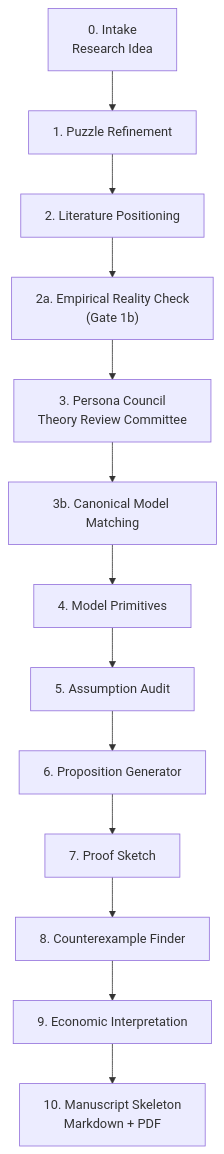
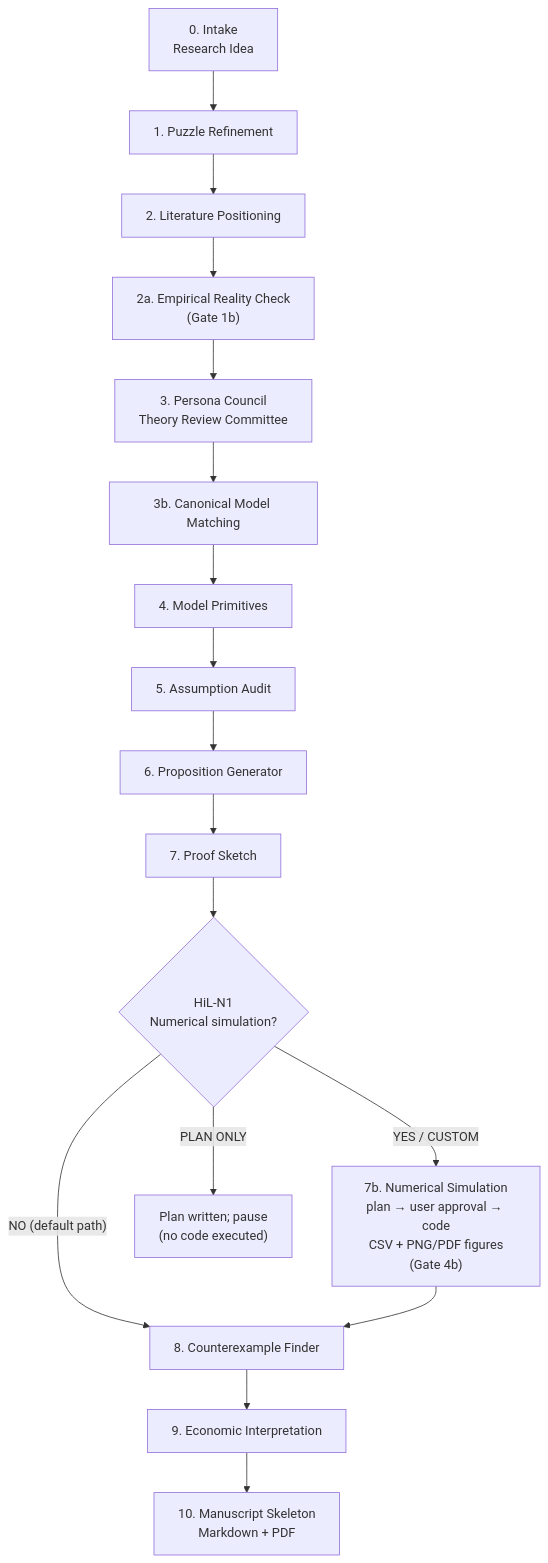
Before and after one commit to maxwell2732/pAI-Econ-claude: the diagram in README_EN.md, drawn with Mermaid. The commit also changed other lines of this file and 10 other files, not shown here.

First line of the commit message:
Add Stage 7b numerical simulation module (v1.2.0)

````diff
--- a/README_EN.md
+++ b/README_EN.md
@@ -300,15 +324,19 @@
 ```mermaid
 flowchart TD
     A["0. Intake<br/>Research Idea"] --> B["1. Puzzle Refinement"]
     B --> C["2. Literature Positioning"]
     C --> C2["2a. Empirical Reality Check<br/>(Gate 1b)"]
     C2 --> D["3. Persona Council<br/>Theory Review Committee"]
     D --> E["3b. Canonical Model Matching"]
     E --> F["4. Model Primitives"]
     F --> G["5. Assumption Audit"]
     G --> H["6. Proposition Generator"]
     H --> I["7. Proof Sketch"]
-    I --> J["8. Counterexample Finder"]
+    I --> N1{"HiL-N1<br/>Numerical simulation?"}
+    N1 -- "NO (default path)" --> J["8. Counterexample Finder"]
+    N1 -- "YES / CUSTOM" --> N2["7b. Numerical Simulation<br/>plan → user approval → code<br/>CSV + PNG/PDF figures<br/>(Gate 4b)"]
+    N1 -- "PLAN ONLY" --> NP["Plan written; pause<br/>(no code executed)"]
+    N2 --> J
     J --> K["9. Economic Interpretation"]
     K --> L["10. Manuscript Skeleton<br/>Markdown + PDF"]
 ```
````
